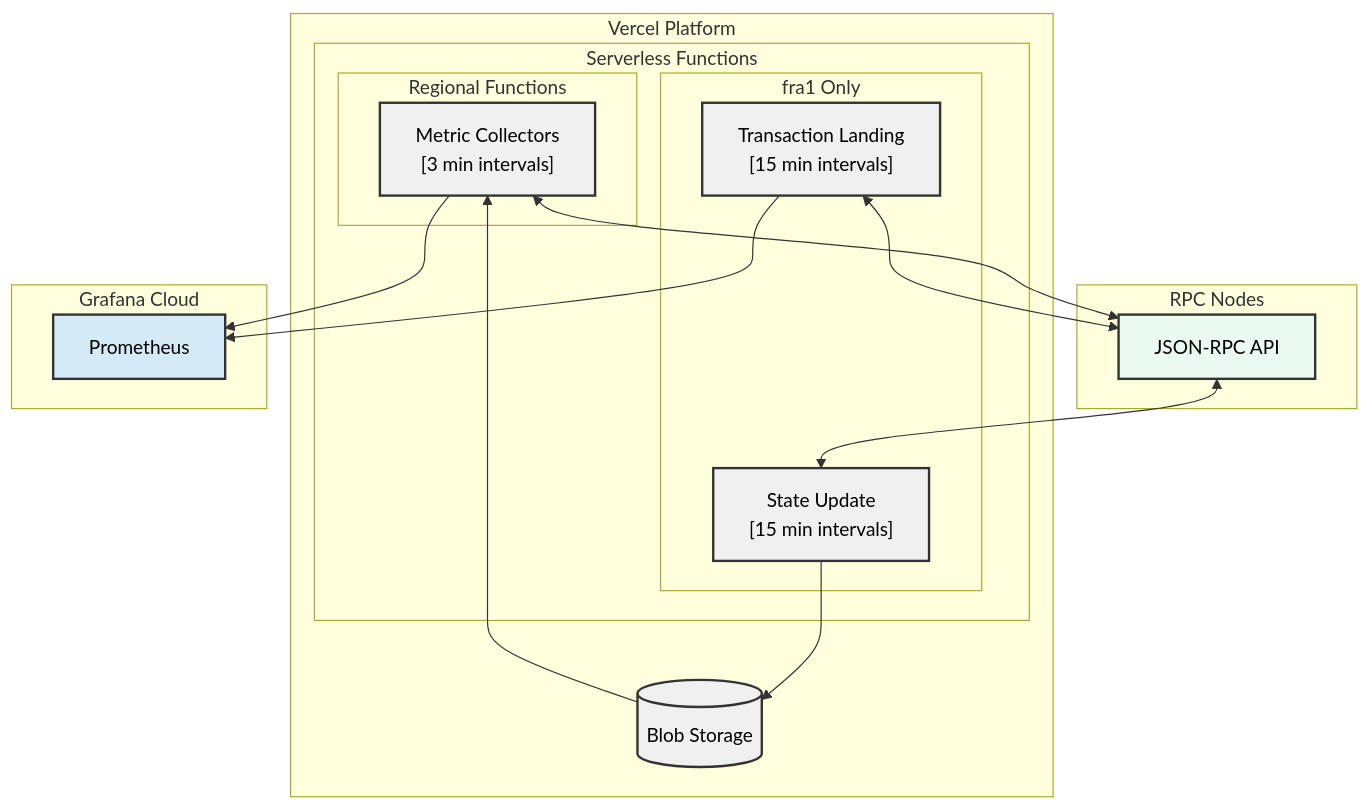
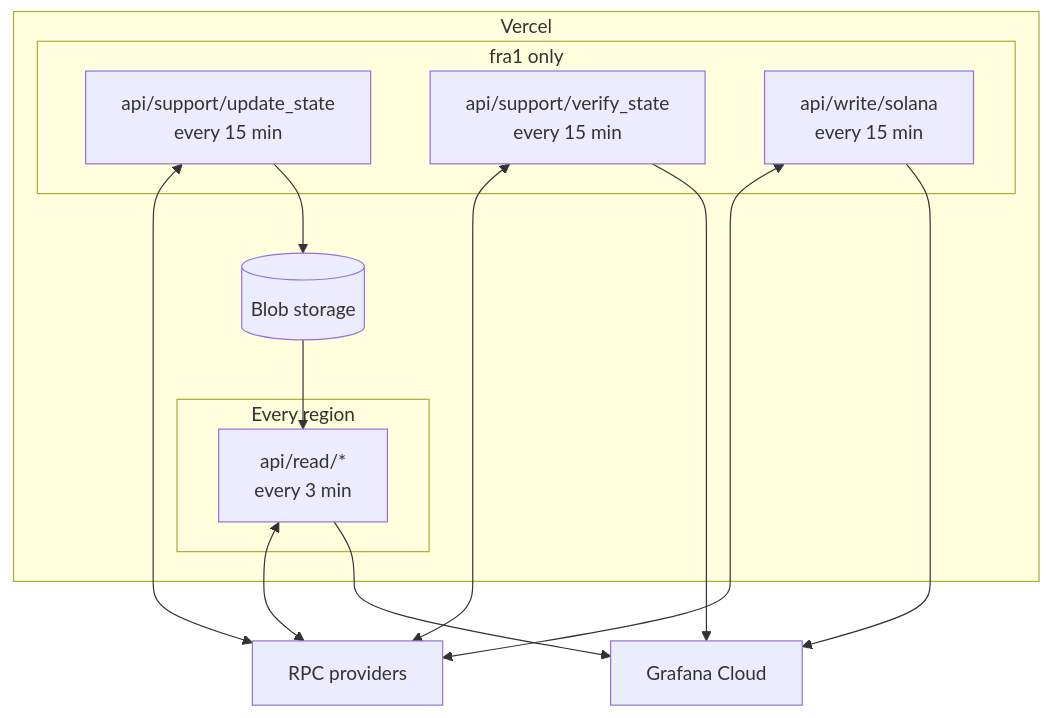
Before and after one commit to chainstacklabs/compare-dashboard-functions: the diagram in README.md, drawn with Mermaid. The commit also changed other lines of this file, not shown here.

Commit message:
docs: rewrite README around current probes, metrics and deploy flow (#110)

````diff
--- a/README.md
+++ b/README.md
@@ -41,39 +25,29 @@
 ```mermaid
 flowchart TB
-    subgraph Vercel["Vercel Platform"]
-        subgraph Functions["Serverless Functions"]
-            subgraph Global["Regional Functions"]
-                Collectors["Metric Collectors
-                            [3 min intervals]"]
-            end
-            subgraph Services["fra1 Only"]
-                STATE["State Update
-                      [15 min intervals]"]
-                TX["Transaction Landing
-                    [15 min intervals]"]
-            end
+    subgraph Vercel["Vercel"]
+        subgraph Regional["Every region"]
+            READ["api/read/*
+                 every 3 min"]
         end
-        BLOB[("Blob Storage")]
+        subgraph Fra["fra1 only"]
+            STATE["api/support/update_state
+                  every 15 min"]
+            VERIFY["api/support/verify_state
+                   every 15 min"]
+            TX["api/write/solana
+               every 15 min"]
+        end
+        BLOB[("Blob storage")]
     end
-    subgraph RPC["RPC Nodes"]
-        API["JSON-RPC API"]
-    end
-    subgraph Grafana["Grafana Cloud"]
-        METRICS["Prometheus"]
-    end
-    BLOB --> Collectors
-    Collectors <--> API
-    Collectors --> METRICS
-    API <--> STATE
+    RPC["RPC providers"]
+    GRAFANA["Grafana Cloud"]
+    STATE <--> RPC
     STATE --> BLOB
-    TX <--> API
-    TX --> METRICS
-    classDef default fill:#f9f9f9,stroke:#333,stroke-width:2px,color:#000
-    classDef vercel fill:#f0f0f0,stroke:#333,color:#000
-    classDef grafana fill:#d4eaf7,stroke:#333,color:#000
-    classDef rpc fill:#eafaf1,stroke:#333,color:#000
-
-    class BLOB,Collectors,STATE,TX vercel
-    class METRICS grafana
-    class API rpc
+    BLOB --> READ
+    READ <--> RPC
+    VERIFY <--> RPC
+    TX <--> RPC
+    READ --> GRAFANA
+    VERIFY --> GRAFANA
+    TX --> GRAFANA
 ```
````
